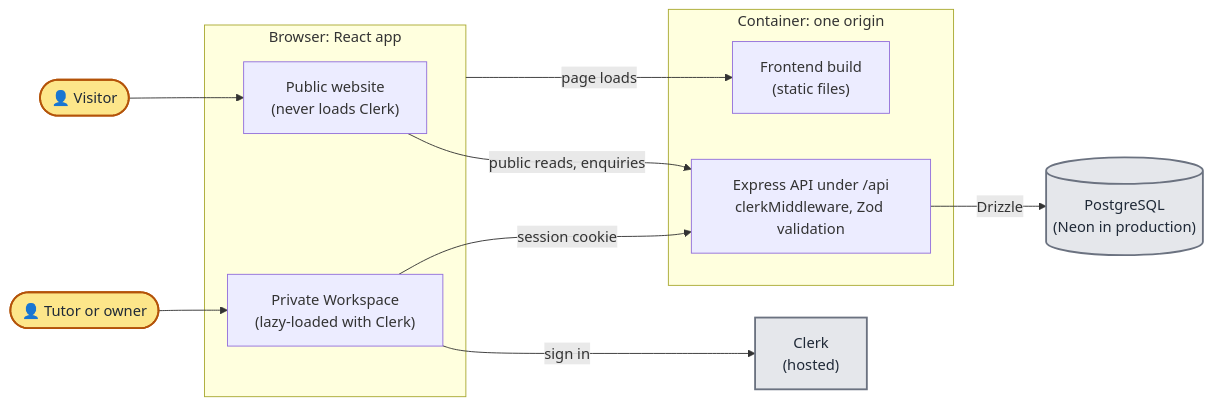
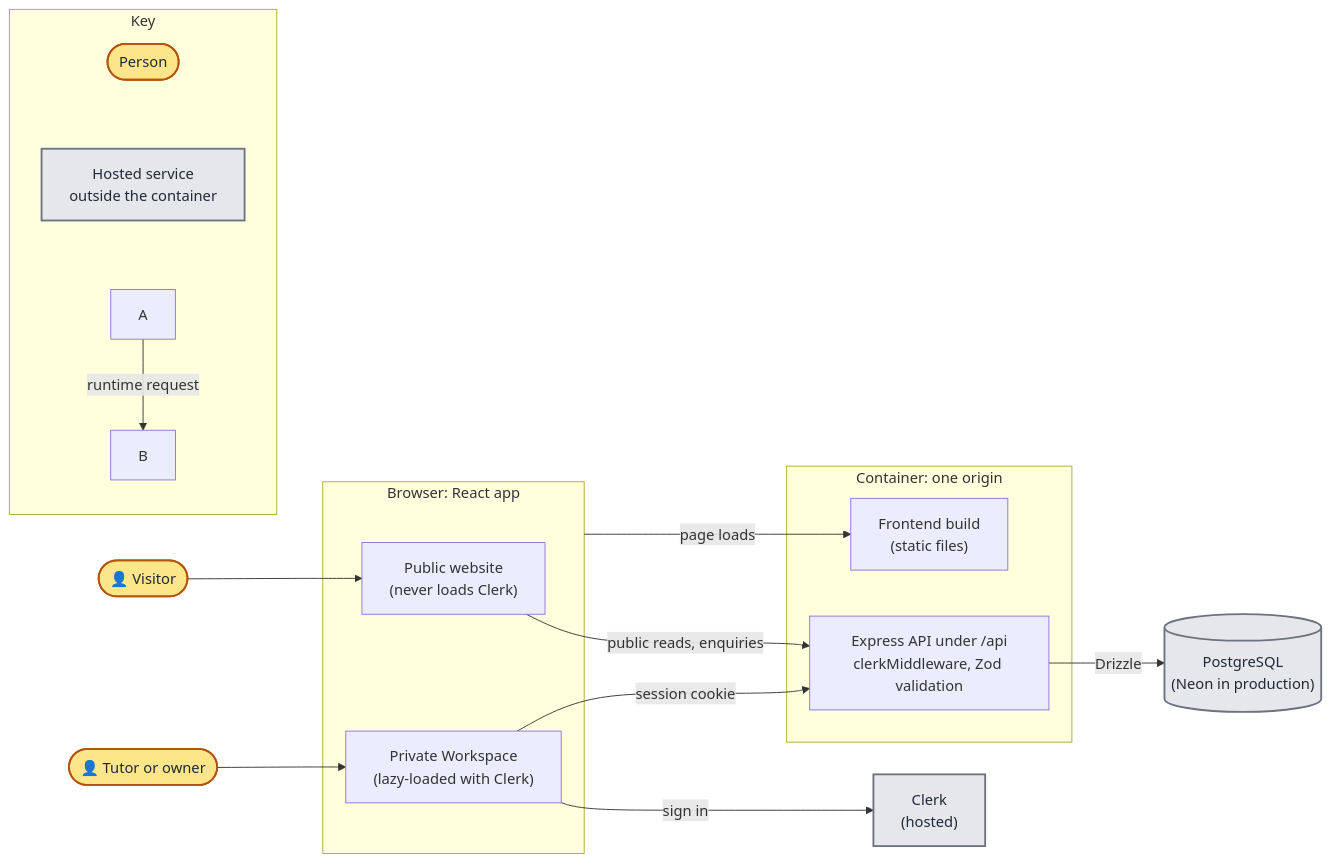
The first of 2 diagrams in docs/architecture.md (sumau/welltutored), drawn with Mermaid before and after one commit. The commit also changed other lines of this file, not shown here.

Commit message:
Put the architecture diagram's legend inside the diagram

````diff
--- a/docs/architecture.md
+++ b/docs/architecture.md
@@ -14,27 +14,36 @@
 ```mermaid
 flowchart LR
   visitor(["👤 Visitor"]) --> public
   tutor(["👤 Tutor or owner"]) --> workspace
   classDef person fill:#fde68a,stroke:#b45309,stroke-width:2px,color:#1f2937
   class visitor,tutor person
 
   subgraph browser["Browser: React app"]
     public["Public website<br/>(never loads Clerk)"]
     workspace["Private Workspace<br/>(lazy-loaded with Clerk)"]
   end
 
   workspace -- "sign in" --> clerk["Clerk<br/>(hosted)"]
 
   subgraph container["Container: one origin"]
     static["Frontend build<br/>(static files)"]
     api["Express API under /api<br/>clerkMiddleware, Zod validation"]
   end
 
   browser -- "page loads" --> static
   public -- "public reads, enquiries" --> api
   workspace -- "session cookie" --> api
   api -- "Drizzle" --> db[("PostgreSQL<br/>(Neon in production)")]
 
   classDef external fill:#e5e7eb,stroke:#6b7280,stroke-width:2px,color:#1f2937
   class clerk,db external
+
+  subgraph key["Key"]
+    keyPerson(["Person"])
+    keyHosted["Hosted service<br/>outside the container"]
+    keyFrom["A"] -- "runtime request" --> keyTo["B"]
+    keyPerson ~~~ keyHosted ~~~ keyFrom
+  end
+  class keyPerson person
+  class keyHosted external
 ```
````
